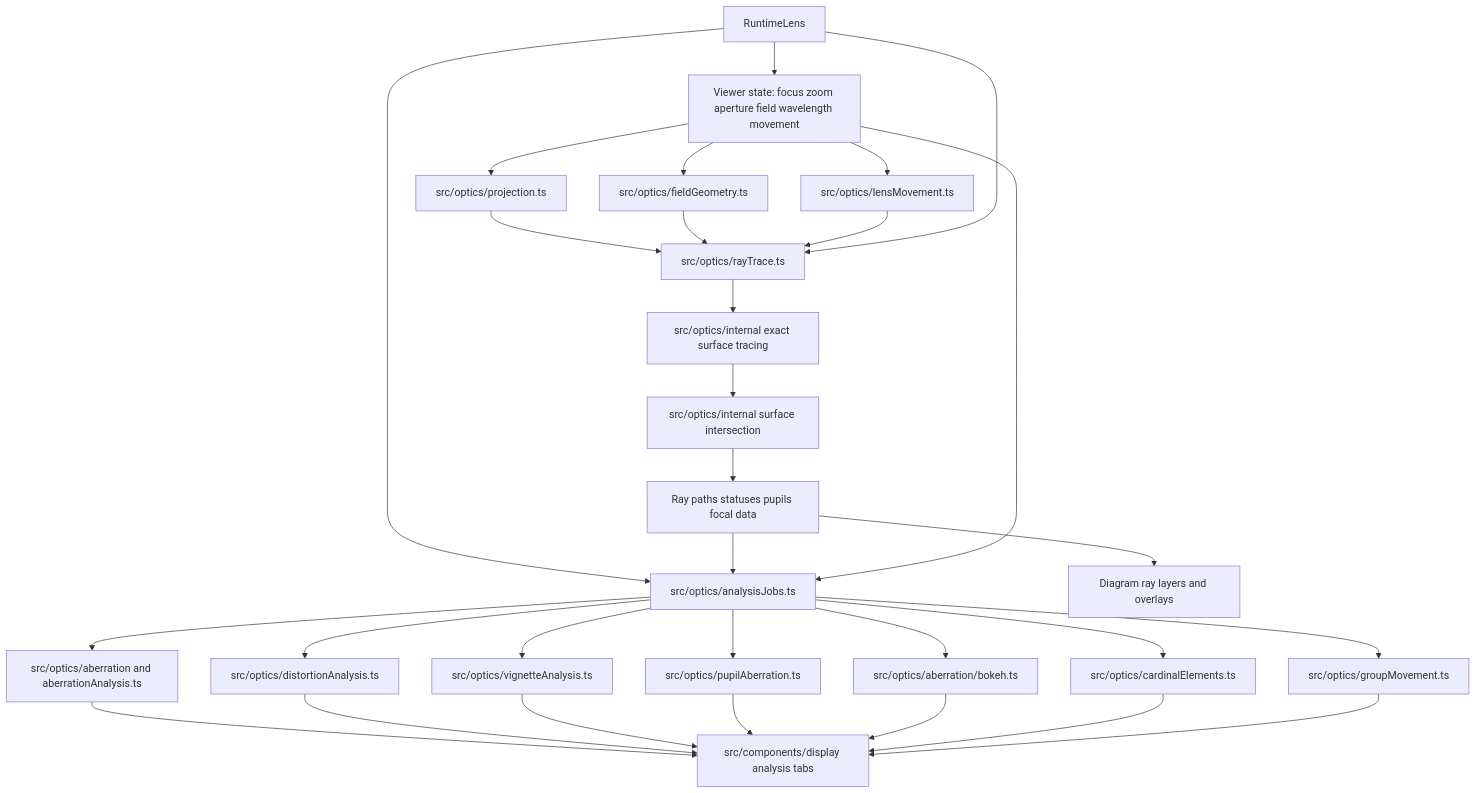
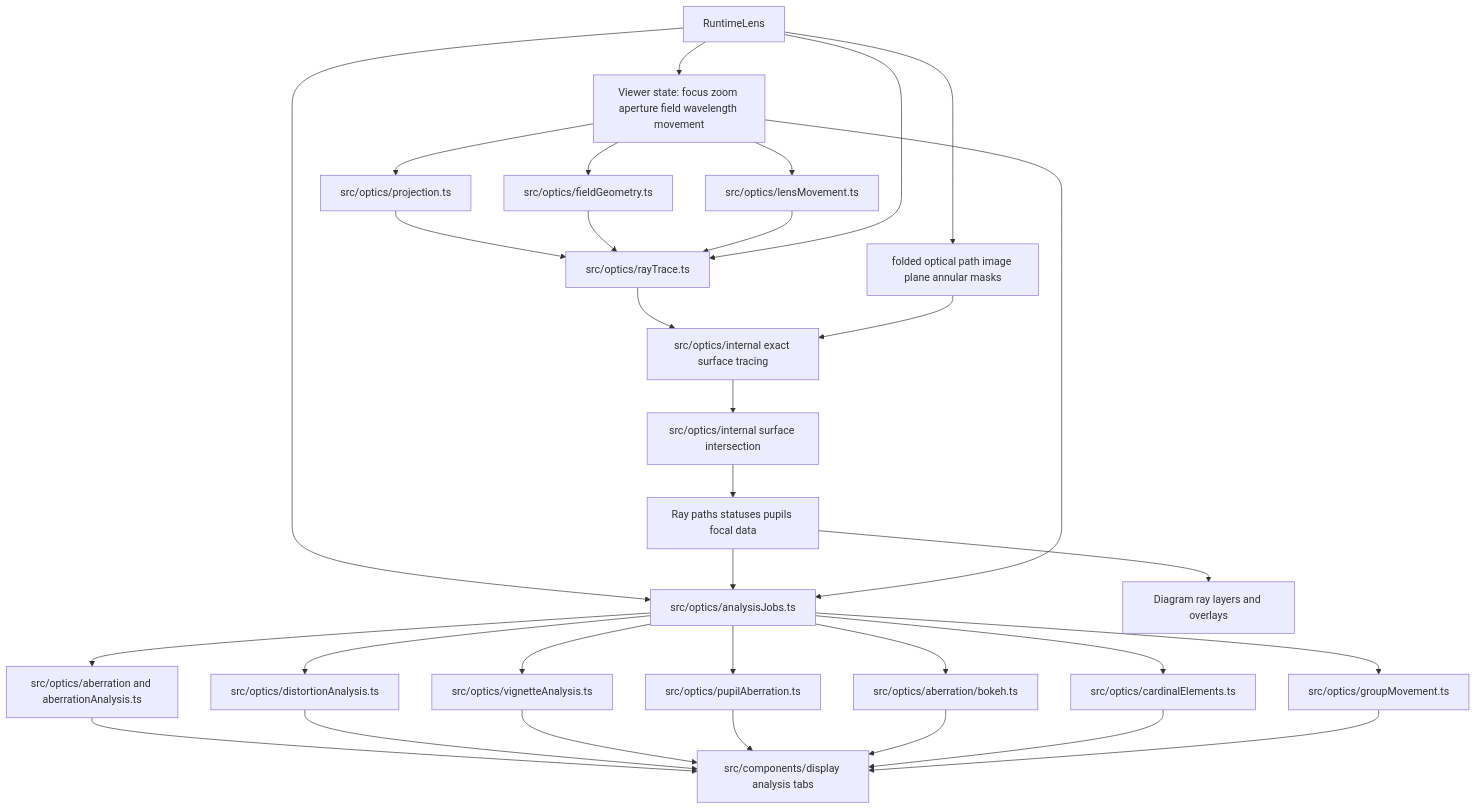
Before and after one commit to ronbuening/LensVisualizer: the fifth of 6 diagrams in agent_docs/architecture/program-flow.md, drawn with Mermaid. The commit also changed other lines of this file and 22 other files, not shown here.

````diff
--- a/agent_docs/architecture/program-flow.md
+++ b/agent_docs/architecture/program-flow.md
@@ -142,35 +144,37 @@
 ```mermaid
 flowchart TD
   Runtime[RuntimeLens] --> Inputs[Viewer state: focus zoom aperture field wavelength movement]
   Inputs --> Projection[src/optics/projection.ts]
   Inputs --> Field[src/optics/fieldGeometry.ts]
   Inputs --> Movement[src/optics/lensMovement.ts]
 
   Projection --> TraceCore[src/optics/rayTrace.ts]
   Field --> TraceCore
   Movement --> TraceCore
   Runtime --> TraceCore
   TraceCore --> Exact[src/optics/internal exact surface tracing]
   Exact --> Intersections[src/optics/internal surface intersection]
+  Runtime --> Folded[folded optical path image plane annular masks]
+  Folded --> Exact
   Intersections --> RayResults[Ray paths statuses pupils focal data]
 
   Runtime --> AnalysisJobs[src/optics/analysisJobs.ts]
   RayResults --> AnalysisJobs
   Inputs --> AnalysisJobs
   AnalysisJobs --> Aberrations[src/optics/aberration and aberrationAnalysis.ts]
   AnalysisJobs --> Distortion[src/optics/distortionAnalysis.ts]
   AnalysisJobs --> Vignetting[src/optics/vignetteAnalysis.ts]
   AnalysisJobs --> Pupils[src/optics/pupilAberration.ts]
   AnalysisJobs --> Bokeh[src/optics/aberration/bokeh.ts]
   AnalysisJobs --> Cardinal[src/optics/cardinalElements.ts]
   AnalysisJobs --> Groups[src/optics/groupMovement.ts]
 
   Aberrations --> DrawerTabs[src/components/display analysis tabs]
   Distortion --> DrawerTabs
   Vignetting --> DrawerTabs
   Pupils --> DrawerTabs
   Bokeh --> DrawerTabs
   Cardinal --> DrawerTabs
   Groups --> DrawerTabs
   RayResults --> DiagramLayers[Diagram ray layers and overlays]
 ```
````
